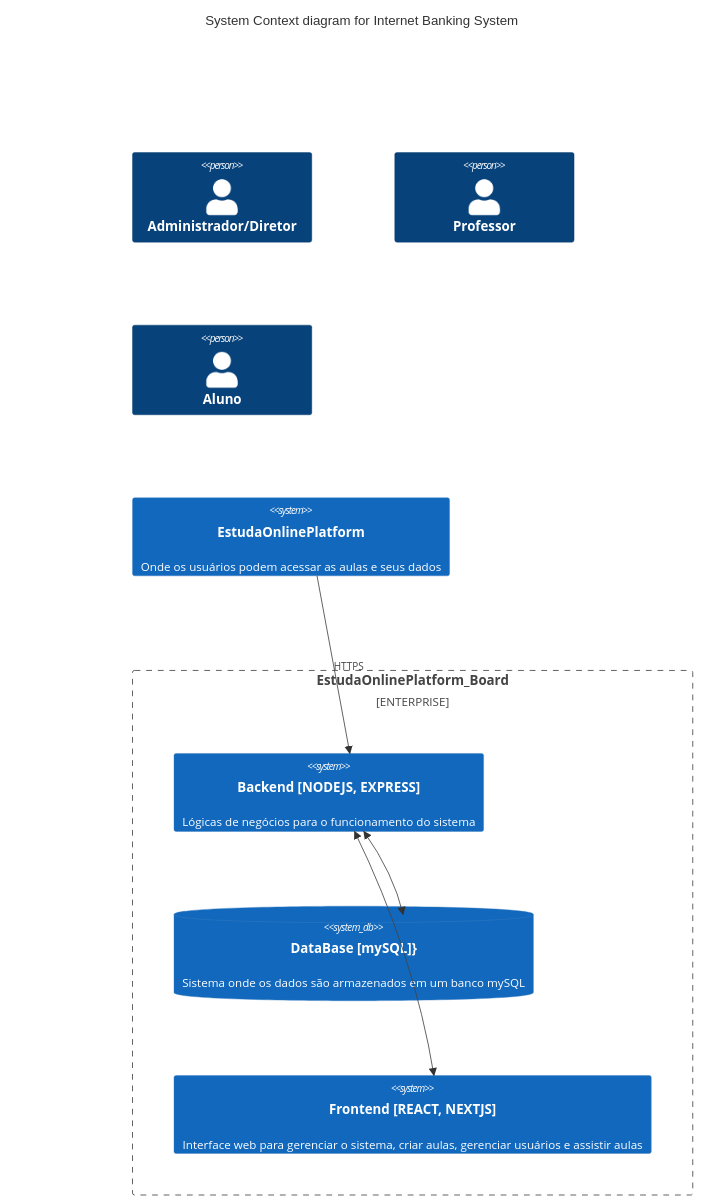
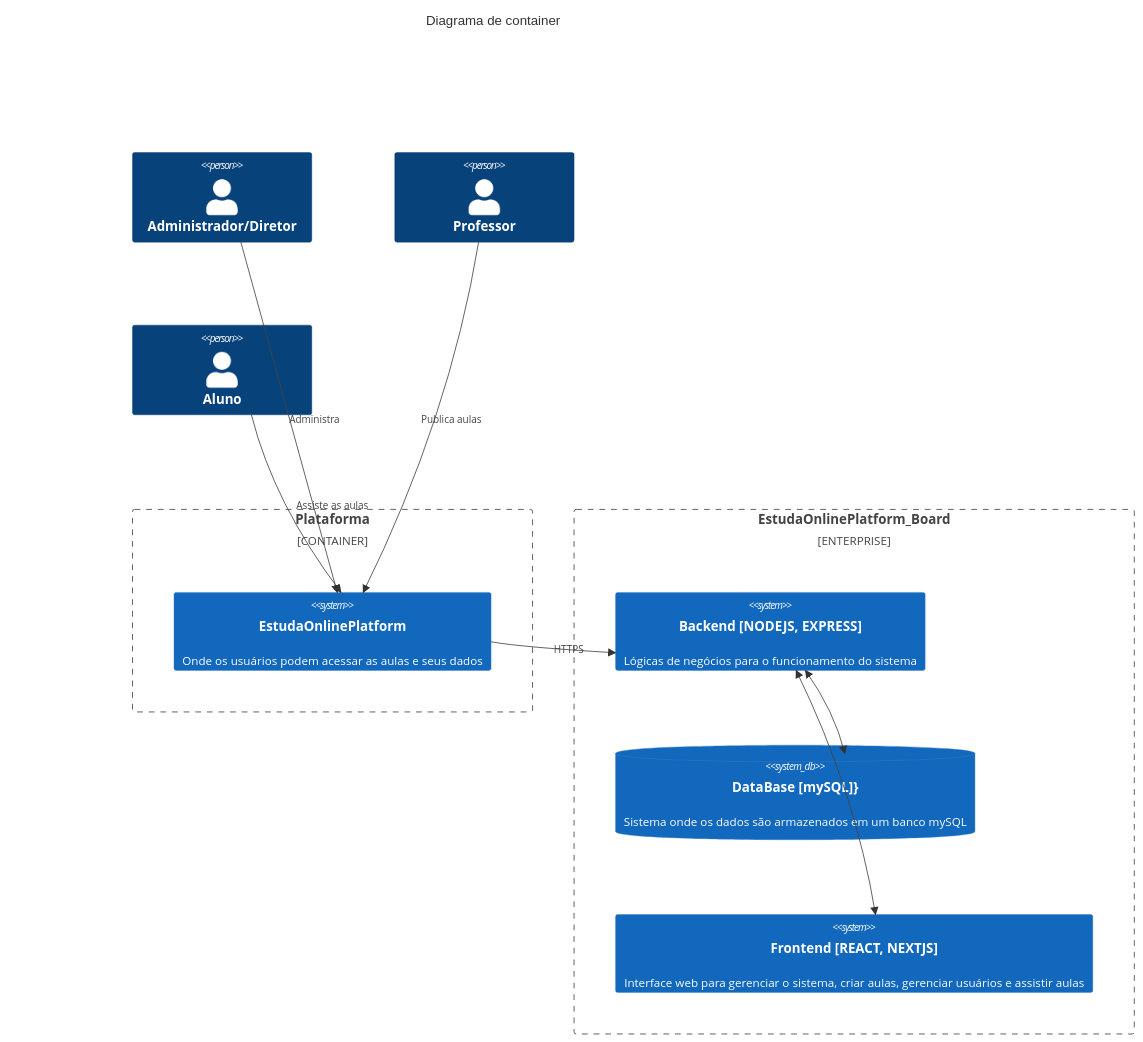
One commit to vitorotto/backend_2025-1 changed the diagram in C4_Container/C4_Container.mmd. Above: the diagram before and after it, drawn with Mermaid. The commit also changed 1 other file, not shown here.

Commit message:
Apenas formatando os diagramas

```diff
--- a/C4_Container/C4_Container.mmd
+++ b/C4_Container/C4_Container.mmd
@@ -1,18 +1,25 @@
-C4Context
-title System Context diagram for Internet Banking System
+C4Container
+title Diagrama de container
 
 Person(administrador, "Administrador/Diretor")
 Person(professor, "Professor")
 Person(aluno, "Aluno")
-System(sistema, "EstudaOnlinePlatform", "Onde os usuários podem acessar as aulas e seus dados")
+
+Container_Boundary(plataforma, "Plataforma") {
+    System(sistema, "EstudaOnlinePlatform", "Onde os usuários podem acessar as aulas e seus dados")
+}
+
 
 Enterprise_Boundary(b1, "EstudaOnlinePlatform_Board") {
-
     System(backend, "Backend [NODEJS, EXPRESS]", "Lógicas de negócios para o funcionamento do sistema")
     SystemDb(banco, "DataBase [mySQL]}", "Sistema onde os dados são armazenados em um banco mySQL")
     System(front, "Frontend [REACT, NEXTJS]", "Interface web para gerenciar o sistema, criar aulas, gerenciar usuários e assistir aulas")
 }
 
+Rel("administrador","sistema","Administra")
+Rel("professor", "sistema", "Publica aulas")
+Rel("aluno", "sistema", "Assiste as aulas")
+
 Rel(sistema, "backend", "HTTPS")
 BiRel(front, "backend", "")
 BiRel(banco, "backend", "")
```
